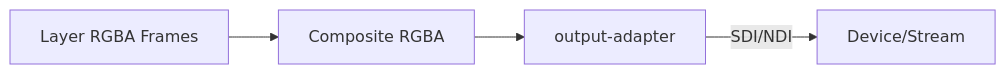
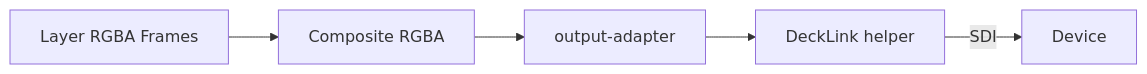
Before and after one commit to pivotrecruiting/broadify-bridge: the fifth of 5 diagrams in docs/graphics/graphics-dataflows.md, drawn with Mermaid. The commit also changed other lines of this file and 11 other files, not shown here.

````diff
--- a/docs/graphics/graphics-dataflows.md
+++ b/docs/graphics/graphics-dataflows.md
@@ -79,6 +80,7 @@
 ```mermaid
 flowchart LR
   Frames[Layer RGBA Frames] --> Composite[Composite RGBA]
   Composite --> Output[output-adapter]
-  Output -->|SDI/NDI| Device[Device/Stream]
+  Output --> Helper[DeckLink helper]
+  Helper -->|SDI| Device[Device]
 ```
````
